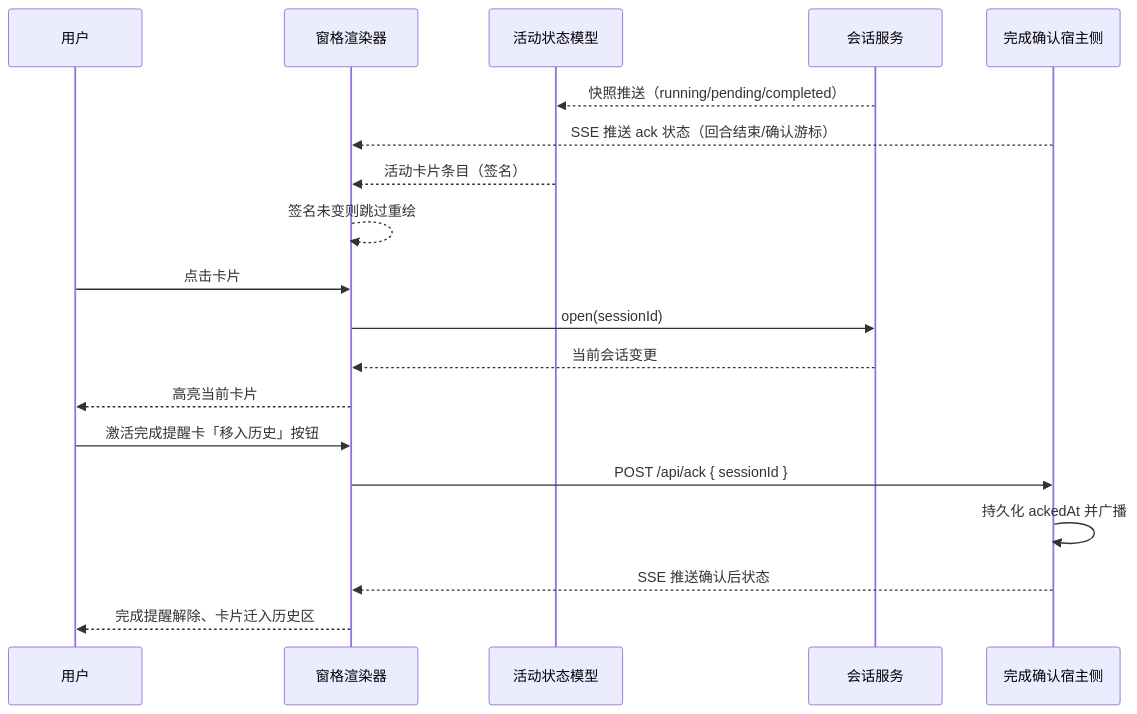
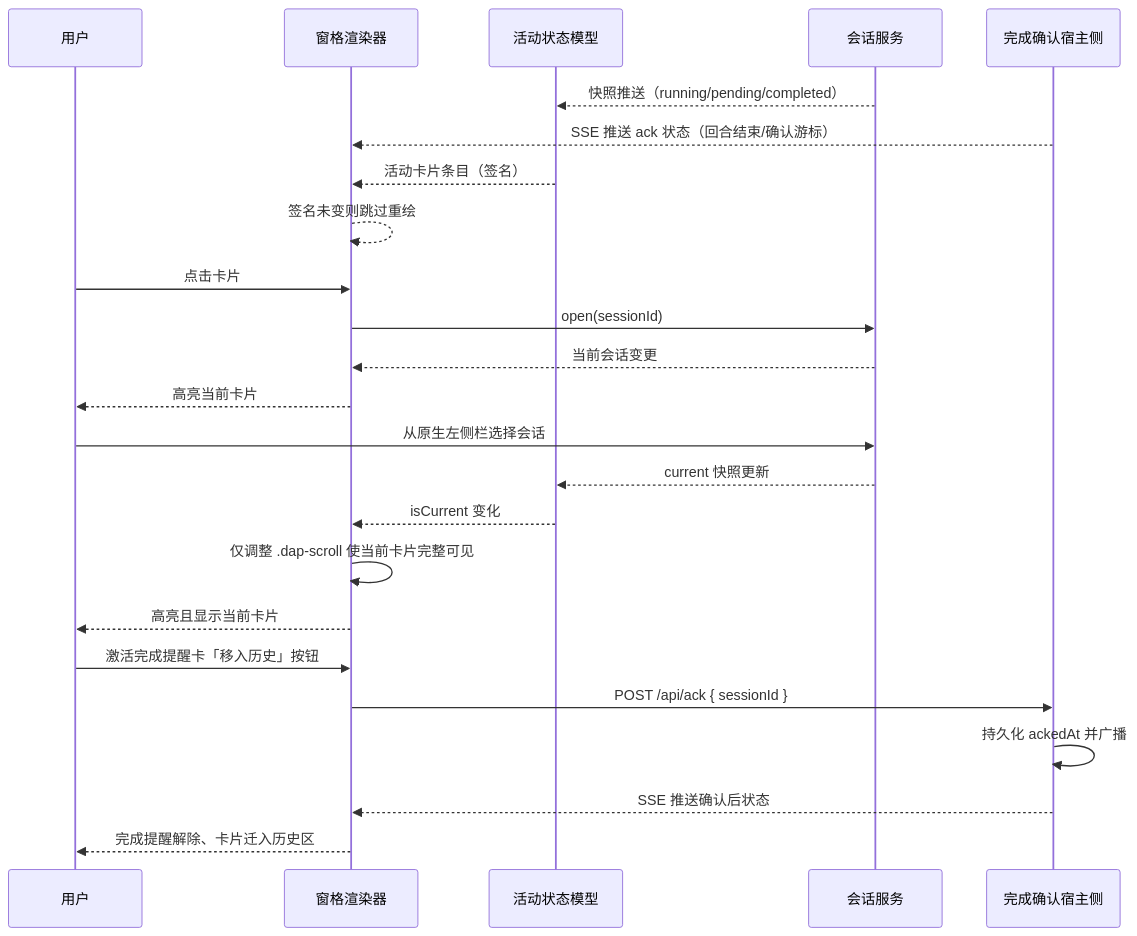
Before and after one commit to ccll/dsh-activity-pane: the third of 6 diagrams in DESIGN.md, drawn with Mermaid. The commit also changed other lines of this file and 11 other files, not shown here.

````diff
--- a/DESIGN.md
+++ b/DESIGN.md
@@ -79,21 +79,26 @@
 ```mermaid
 sequenceDiagram
     participant U as 用户
     participant R as 窗格渲染器
     participant C as 活动状态模型
     participant S as 会话服务
     participant H as 完成确认宿主侧
     S-->>C: 快照推送（running/pending/completed）
     H-->>R: SSE 推送 ack 状态（回合结束/确认游标）
     C-->>R: 活动卡片条目（签名）
     R-->>R: 签名未变则跳过重绘
     U->>R: 点击卡片
     R->>S: open(sessionId)
     S-->>R: 当前会话变更
     R-->>U: 高亮当前卡片
+    U->>S: 从原生左侧栏选择会话
+    S-->>C: current 快照更新
+    C-->>R: isCurrent 变化
+    R->>R: 仅调整 .dap-scroll 使当前卡片完整可见
+    R-->>U: 高亮且显示当前卡片
     U->>R: 激活完成提醒卡「移入历史」按钮
     R->>H: POST /api/ack { sessionId }
     H->>H: 持久化 ackedAt 并广播
     H-->>R: SSE 推送确认后状态
     R-->>U: 完成提醒解除、卡片迁入历史区
 ```
````
